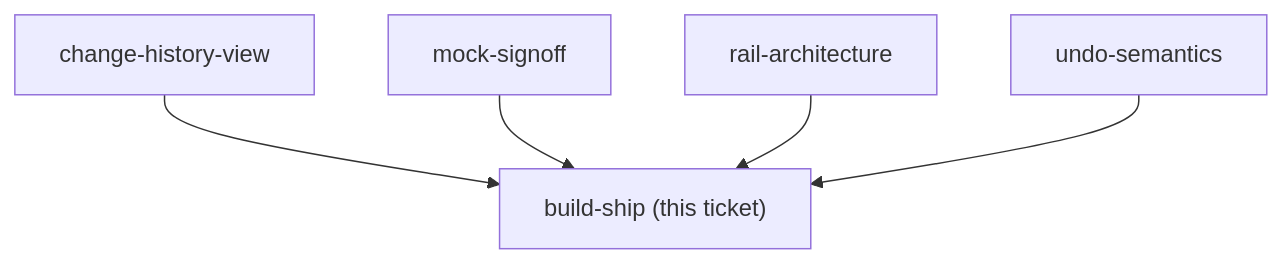
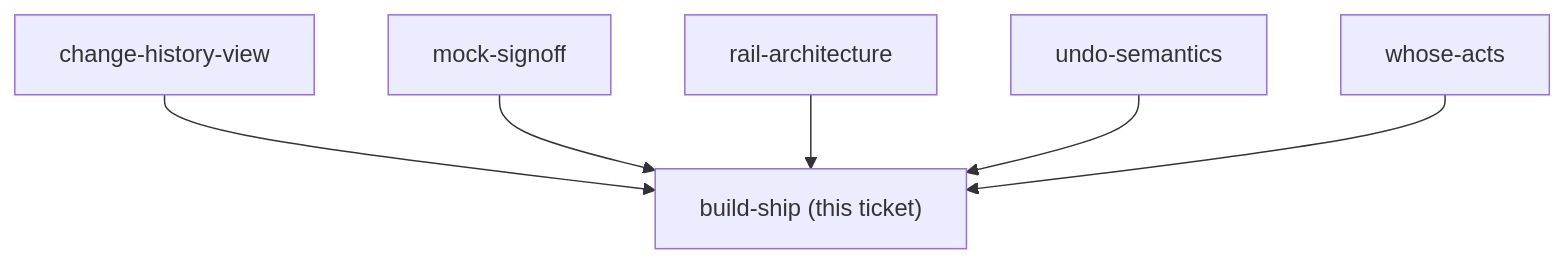
The diagram in docs/decision-map/shortcut-rail-106/tickets/build-ship.md (ThodsaphonSonthiphin/MenuNest), drawn with Mermaid before and after one commit. The commit also changed other lines of this file and 6 other files, not shown here.

````diff
--- a/docs/decision-map/shortcut-rail-106/tickets/build-ship.md
+++ b/docs/decision-map/shortcut-rail-106/tickets/build-ship.md
@@ -16,8 +16,9 @@
 ```mermaid
 graph TD
     ME["build-ship (this ticket)"]
     P0["change-history-view"] --> ME
     P1["mock-signoff"] --> ME
     P2["rail-architecture"] --> ME
     P3["undo-semantics"] --> ME
+    P4["whose-acts"] --> ME
 ```
````
